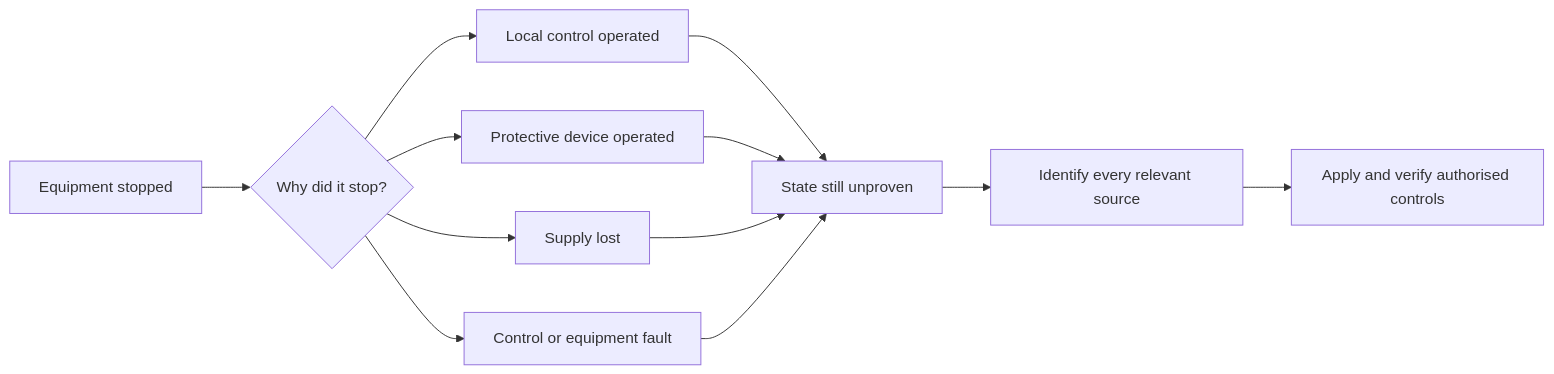
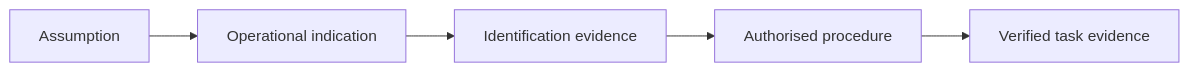
Before and after one commit to andrew3stedall/capstone: the second of 2 diagrams in docs/learning-plans/4-week/modules/day-02-fundamental-safety-principles.md, drawn with Mermaid. The commit also changed other lines of this file, not shown here.

````diff
--- a/docs/learning-plans/4-week/modules/day-02-fundamental-safety-principles.md
+++ b/docs/learning-plans/4-week/modules/day-02-fundamental-safety-principles.md
@@ -185,14 +177,4 @@
 ```mermaid
 flowchart LR
-    A["Equipment stopped"] --> B{"Why did it stop?"}
-    B --> C["Local control operated"]
-    B --> D["Protective device operated"]
-    B --> E["Supply lost"]
-    B --> F["Control or equipment fault"]
-    C --> G["State still unproven"]
-    D --> G
-    E --> G
-    F --> G
-    G --> H["Identify every relevant source"]
-    H --> I["Apply and verify authorised controls"]
+    A["Assumption"] --> B["Operational indication"] --> C["Identification evidence"] --> D["Authorised procedure"] --> E["Verified task evidence"]
 ```
````
